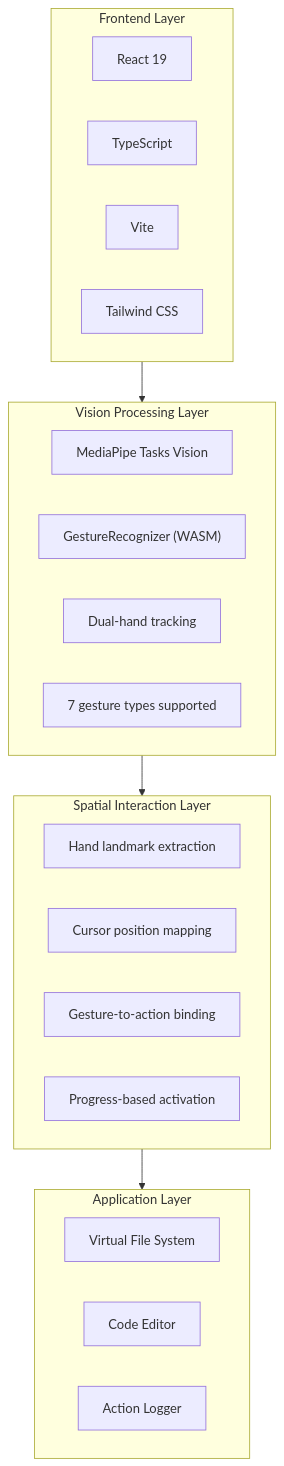
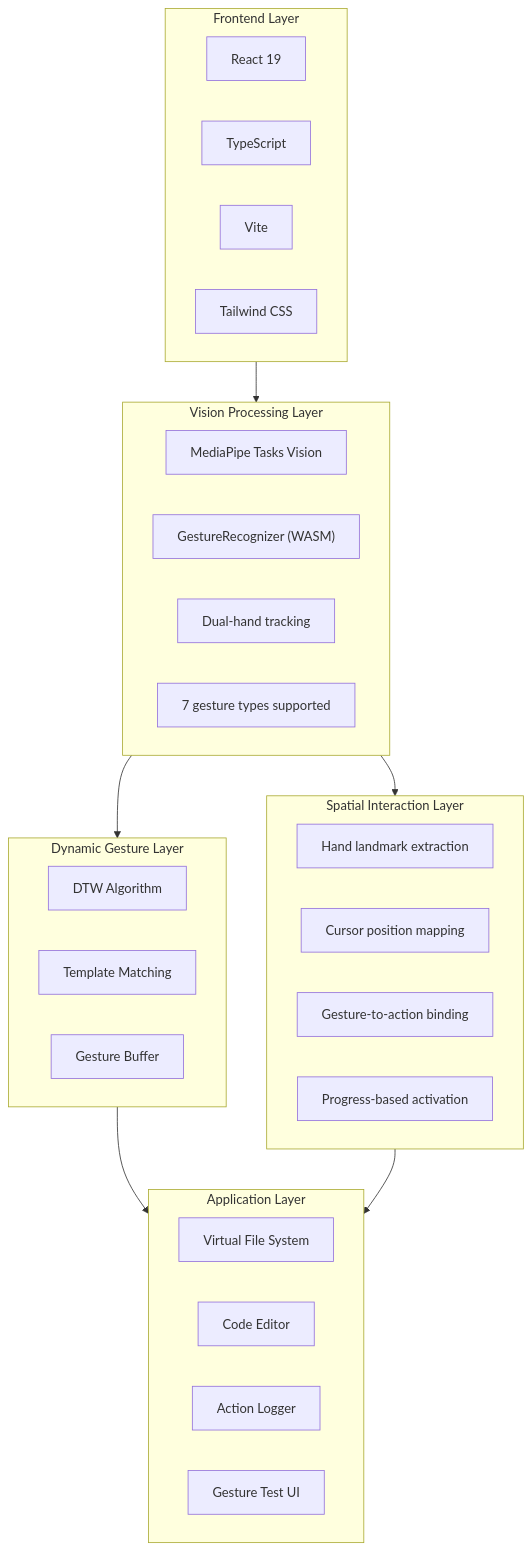
One commit to xinhuagu/MotionFlow-Development changed the first of 2 diagrams in README.md. Above: the diagram before and after it, drawn with Mermaid. The commit also changed other lines of this file and 12 other files, not shown here.

First line of the commit message:
feat: Add DTW dynamic gesture recognition and Gesture Test Mode

````diff
--- a/README.md
+++ b/README.md
@@ -93,33 +159,42 @@
 ```mermaid
 flowchart TB
     subgraph Frontend["Frontend Layer"]
         A1[React 19]
         A2[TypeScript]
         A3[Vite]
         A4[Tailwind CSS]
     end
 
     subgraph Vision["Vision Processing Layer"]
         B[MediaPipe Tasks Vision]
         B1["GestureRecognizer (WASM)"]
         B2[Dual-hand tracking]
         B3[7 gesture types supported]
     end
 
+    subgraph Dynamic["Dynamic Gesture Layer"]
+        D1[DTW Algorithm]
+        D2[Template Matching]
+        D3[Gesture Buffer]
+    end
+
     subgraph Spatial["Spatial Interaction Layer"]
         C1[Hand landmark extraction]
         C2[Cursor position mapping]
         C3[Gesture-to-action binding]
         C4[Progress-based activation]
     end
 
     subgraph App["Application Layer"]
-        D1[Virtual File System]
-        D2[Code Editor]
-        D3[Action Logger]
+        E1[Virtual File System]
+        E2[Code Editor]
+        E3[Action Logger]
+        E4[Gesture Test UI]
     end
 
     Frontend --> Vision
+    Vision --> Dynamic
     Vision --> Spatial
+    Dynamic --> App
     Spatial --> App
 ```
````
